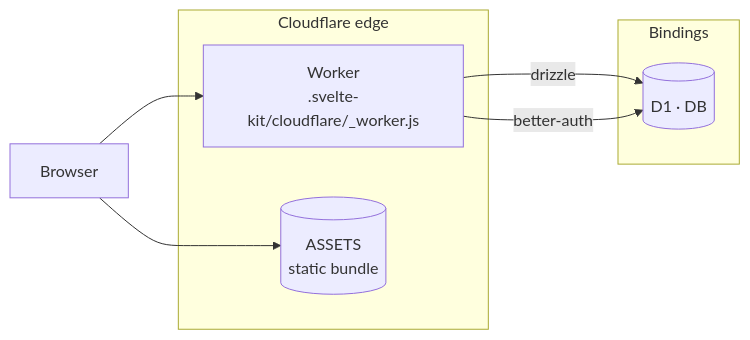
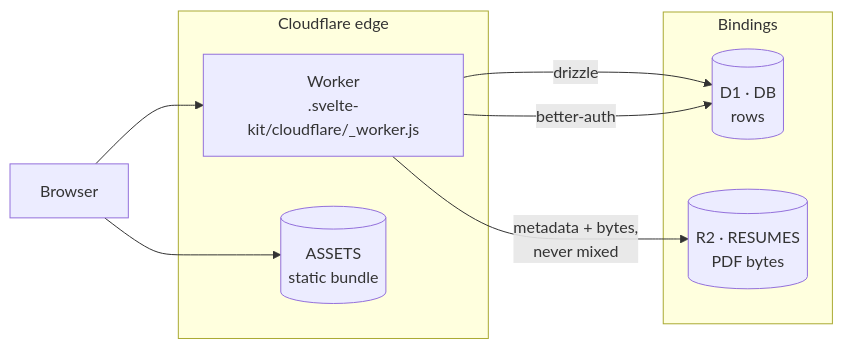
The first of 6 diagrams in docs/architecture.md (c0k0n/job-tracker), drawn with Mermaid before and after one commit. The commit also changed other lines of this file and 32 other files, not shown here.

````diff
--- a/docs/architecture.md
+++ b/docs/architecture.md
@@ -10,14 +10,16 @@
 ```mermaid
 flowchart LR
     subgraph edge["Cloudflare edge"]
         W["Worker<br/>.svelte-kit/cloudflare/_worker.js"]
         A[("ASSETS<br/>static bundle")]
     end
     subgraph data["Bindings"]
-        D1[("D1 · DB")]
+        D1[("D1 · DB<br/>rows")]
+        R2[("R2 · RESUMES<br/>PDF bytes")]
     end
     B["Browser"] --> W
     B --> A
     W -->|"drizzle"| D1
     W -->|"better-auth"| D1
+    W -->|"metadata + bytes,<br/>never mixed"| R2
 ```
````
